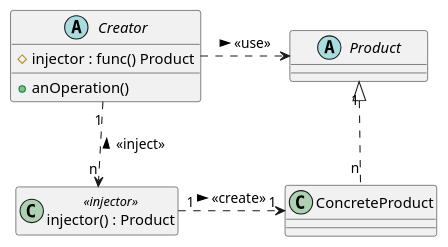
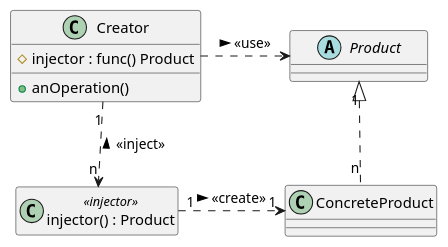
One commit to spiegel-im-spiegel/github-pages-env changed the diagram in content/golang/factory-method-pattern/injection.puml. Above: the diagram before and after it, drawn with PlantUML. The commit also changed 5 other files, not shown here.

Commit message:
Modified UML diagram

```diff
--- a/content/golang/factory-method-pattern/injection.puml
+++ b/content/golang/factory-method-pattern/injection.puml
@@ -1,25 +1,22 @@
 @startuml
-/'
- ' Factory Method Pattern
- '/
- skinparam minClassWidth 130
 
- abstract class Creator {
-   {field} # injector : func() Product
-   {method} + anOperation()
- }
- abstract class Product {
- }
- class ConcreteProduct {
- }
- class "injector() : Product" as Injector <<injector>> {
- }
+class Creator {
+  {field} # injector : func() Product
+  {method} + anOperation()
+}
+abstract class Product {
+}
+class ConcreteProduct {
+}
+class "injector() : Product" as Injector <<injector>> {
+}
 
+skinparam minClassWidth 130
 hide <<injector>> member
 
 Creator .right.> Product : <<use>> >
 Product "1" <|.down. "n" ConcreteProduct
 Injector "1" .right.> "1" ConcreteProduct : <<create>> >
 Creator "1" .down.> "n" Injector : < <<inject>>
 
 @enduml
```
